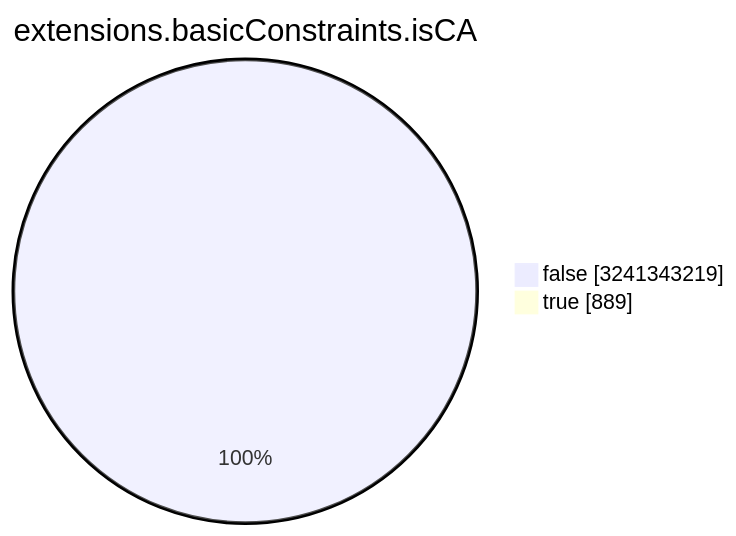
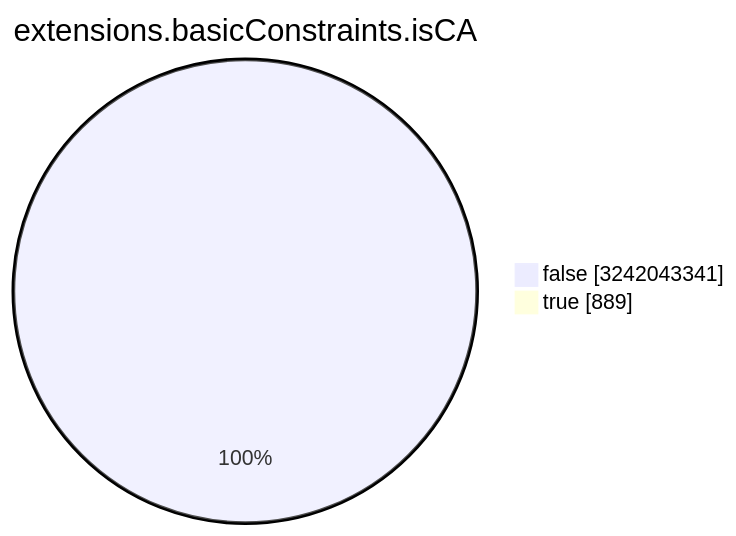
One commit to christiankrug/ctmonitor_visualization changed the seventh of 15 diagrams in TOTAL/README.md. Above: the diagram before and after it, drawn with Mermaid. The commit also changed other lines of this file, not shown here.

````diff
--- a/TOTAL/README.md
+++ b/TOTAL/README.md
@@ -3088,6 +3088,6 @@
 ```mermaid
 pie showData
 title extensions.basicConstraints.isCA
-"false" :3241343219
+"false" :3242043341
 "true" :889
 ```
````
